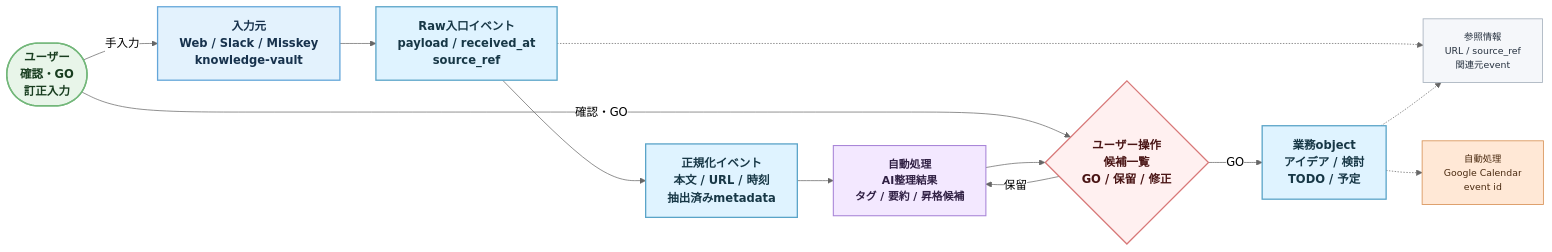
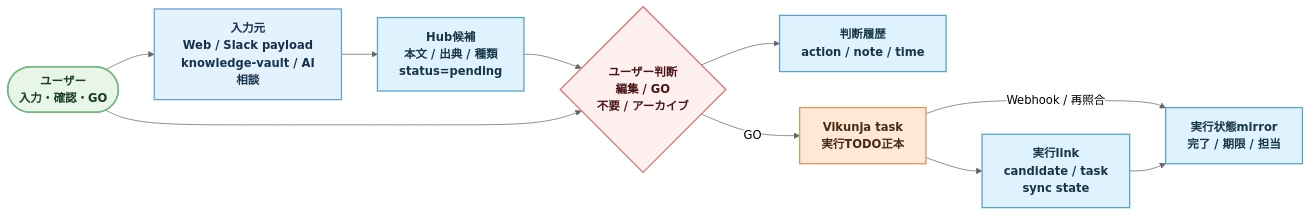
One commit to rohto4/my-pj-general changed the diagram in docs/data/p0-data-flow-2026-07.md. Above: the diagram before and after it, drawn with Mermaid (neutral theme). The commit also changed other lines of this file and 147 other files, not shown here.

````diff
--- a/docs/data/p0-data-flow-2026-07.md
+++ b/docs/data/p0-data-flow-2026-07.md
@@ -18,32 +16,27 @@
 ```mermaid
 flowchart LR
-    User(["ユーザー<br/>確認・GO<br/>訂正入力"]):::user
-    Sources["入力元<br/>Web / Slack / Misskey<br/>knowledge-vault"]:::source
-    Raw["Raw入口イベント<br/>payload / received_at<br/>source_ref"]:::main
-    Normalized["正規化イベント<br/>本文 / URL / 時刻<br/>抽出済みmetadata"]:::main
-    Enriched["自動処理<br/>AI整理結果<br/>タグ / 要約 / 昇格候補"]:::ai
-    Review{"ユーザー操作<br/>候補一覧<br/>GO / 保留 / 修正"}:::decision
-    Domain["業務object<br/>アイデア / 検討<br/>TODO / 予定"]:::main
-    Lineage["参照情報<br/>URL / source_ref<br/>関連元event"]:::support
-    Calendar["自動処理<br/>Google Calendar<br/>event id"]:::external
+    User(["ユーザー<br/>入力・確認・GO"]):::user
+    Sources["入力元<br/>Web / Slack payload<br/>knowledge-vault / AI相談"]:::source
+    Candidate["Hub候補<br/>本文 / 出典 / 種類<br/>status=pending"]:::main
+    Review{"ユーザー判断<br/>編集 / GO<br/>不要 / アーカイブ"}:::decision
+    Decision["判断履歴<br/>action / note / time"]:::main
+    Task["Vikunja task<br/>実行TODO正本"]:::external
+    Link["実行link<br/>candidate / task<br/>sync state"]:::main
+    Mirror["実行状態mirror<br/>完了 / 期限 / 担当"]:::main
 
-    User -->|手入力| Sources
-    User -->|確認・GO| Review
-    Sources --> Raw
-    Raw --> Normalized
-    Normalized --> Enriched
-    Enriched --> Review
-    Review -->|GO| Domain
-    Review -->|保留| Enriched
-    Raw -.-> Lineage
-    Domain -.-> Lineage
-    Domain -.-> Calendar
+    User --> Sources
+    Sources --> Candidate
+    Candidate --> Review
+    User --> Review
+    Review --> Decision
+    Review -->|GO| Task
+    Task --> Link
+    Task -->|Webhook / 再照合| Mirror
+    Link --> Mirror
 
     classDef user fill:#e8f5e9,stroke:#73b77a,color:#183d1f,stroke-width:2px,font-size:16px,font-weight:bold
     classDef source fill:#e3f2fd,stroke:#64a6d9,color:#17324d,stroke-width:1.8px,font-size:16px,font-weight:bold
     classDef main fill:#dff3ff,stroke:#5aa4c8,color:#173746,stroke-width:1.8px,font-size:16px,font-weight:bold
-    classDef ai fill:#f3e8ff,stroke:#a986d8,color:#302044,stroke-width:1.5px,font-size:15px,font-weight:bold
     classDef decision fill:#fff0f0,stroke:#d87878,color:#4a1515,stroke-width:1.8px,font-size:16px,font-weight:bold
-    classDef support fill:#f5f7fa,stroke:#aab4c0,color:#26313f,stroke-width:1.2px,font-size:13px,font-weight:normal
-    classDef external fill:#ffe8d6,stroke:#d9965c,color:#4a2a10,stroke-width:1.2px,font-size:13px,font-weight:normal
+    classDef external fill:#ffe8d6,stroke:#d9965c,color:#4a2a10,stroke-width:1.8px,font-size:16px,font-weight:bold
 ```
````
